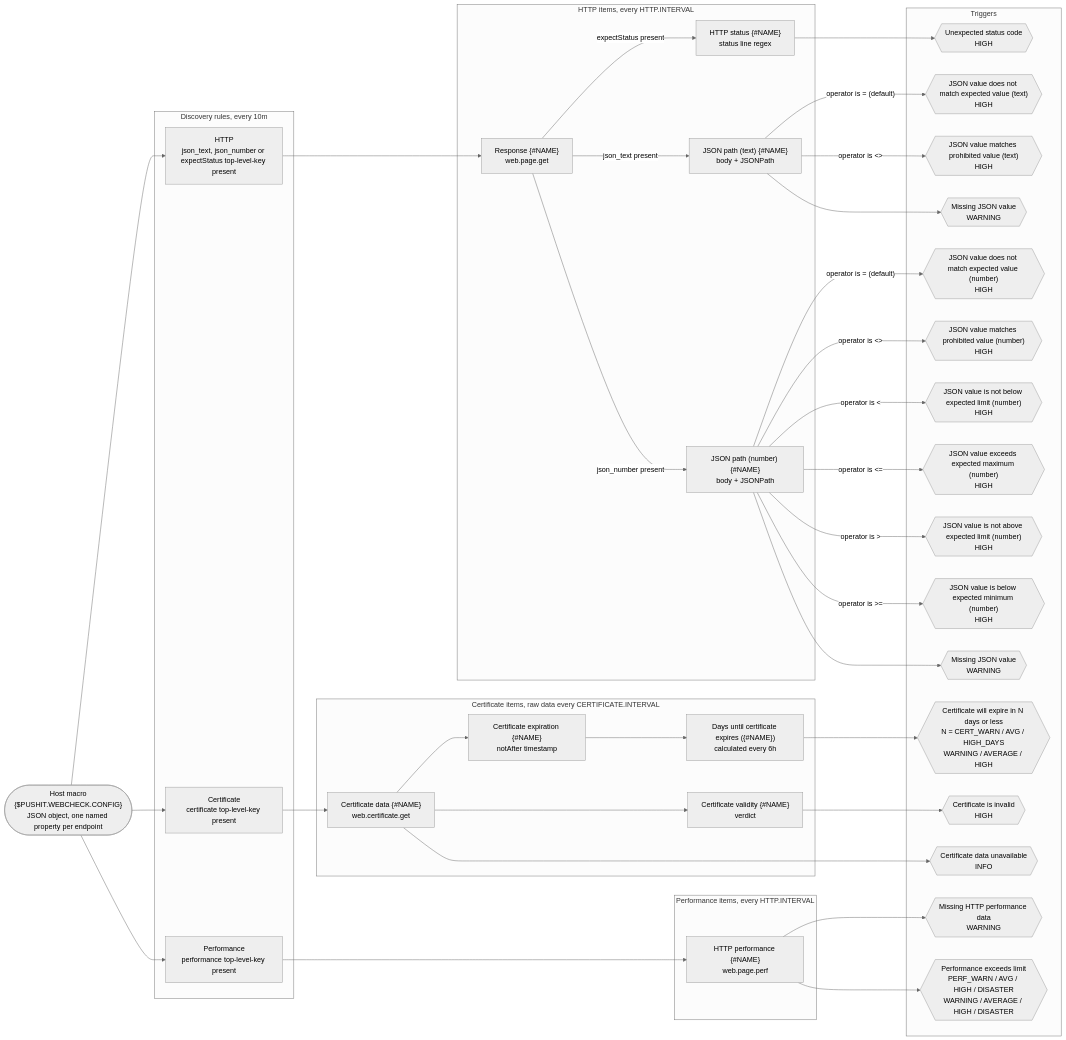
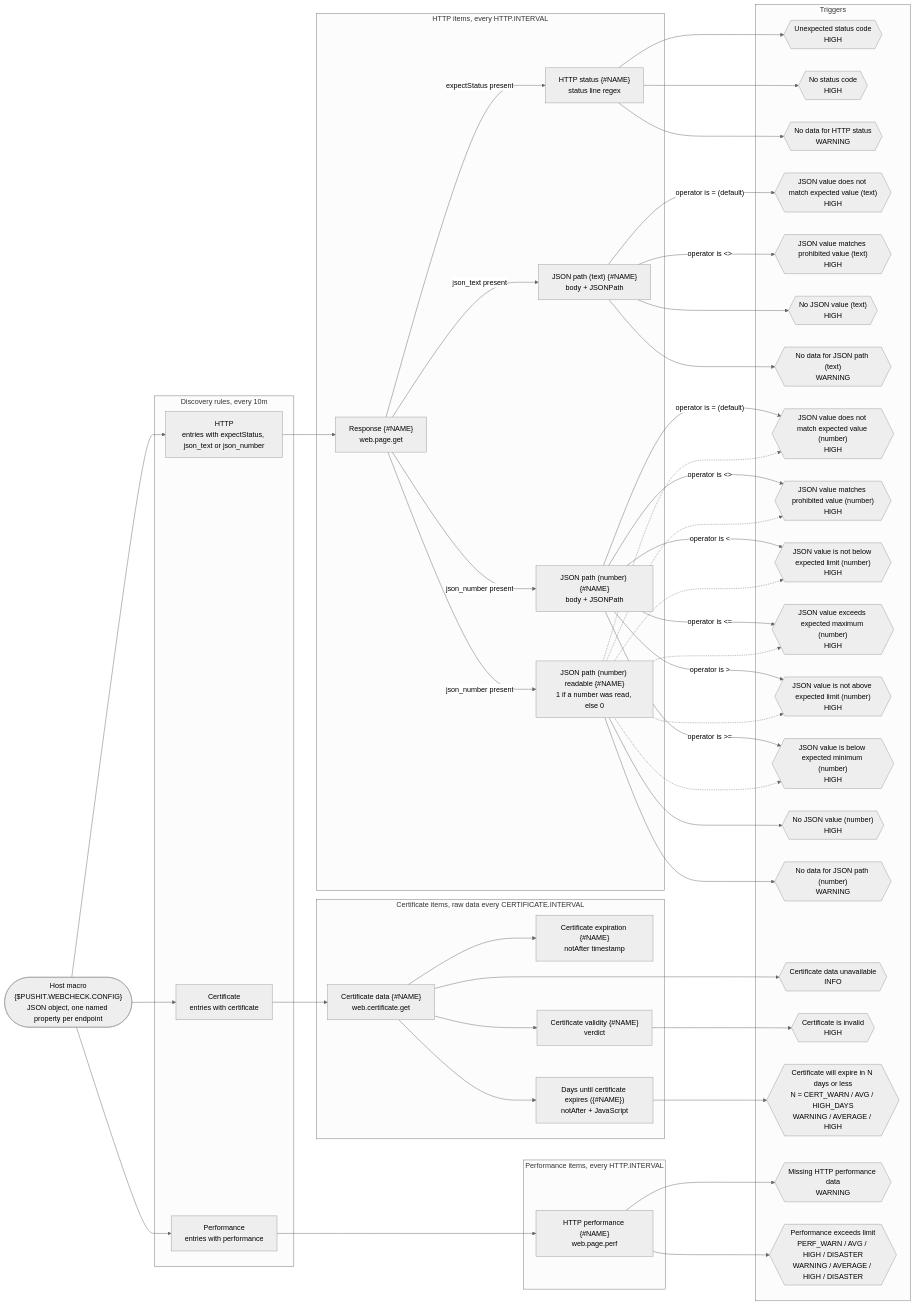
The diagram in README.md (we-push-it/zabbix-web-check), drawn with Mermaid (neutral theme) before and after one commit. The commit also changed other lines of this file, not shown here.

````diff
--- a/README.md
+++ b/README.md
@@ -54,72 +60,77 @@
 ```mermaid
 flowchart LR
     CFG(["Host macro<br/>{$PUSHIT.WEBCHECK.CONFIG}<br/>JSON object, one named property per endpoint"])
 
     subgraph DISCOVERY ["Discovery rules, every 10m"]
-        DRULE_HTTP["HTTP<br/>json_text, json_number or expectStatus top-level-key present"]
-        DRULE_CERT["Certificate<br/>certificate top-level-key present"]
-        DRULE_PERF["Performance<br/>performance top-level-key present"]
+        DRULE_HTTP["HTTP<br/>entries with expectStatus, json_text or json_number"]
+        DRULE_CERT["Certificate<br/>entries with certificate"]
+        DRULE_PERF["Performance<br/>entries with performance"]
     end
 
     subgraph HTTP ["HTTP items, every HTTP.INTERVAL"]
         ITM_HTTP_RAW["Response {#NAME}<br/>web.page.get"]
         ITM_HTTP_STATUS["HTTP status {#NAME}<br/>status line regex"]
         ITM_JSON_TXT["JSON path (text) {#NAME}<br/>body + JSONPath"]
         ITM_JSON_NUM["JSON path (number) {#NAME}<br/>body + JSONPath"]
+        ITM_JSON_READ["JSON path (number) readable {#NAME}<br/>1 if a number was read, else 0"]
     end
 
     subgraph PERFORMANCE ["Performance items, every HTTP.INTERVAL"]
         ITM_PERF["HTTP performance {#NAME}<br/>web.page.perf"]
     end
 
     subgraph CERTIFICATE ["Certificate items, raw data every CERTIFICATE.INTERVAL"]
         ITM_CERT_RAW["Certificate data {#NAME}<br/>web.certificate.get"]
         ITM_CERT_NOT_AFTER["Certificate expiration {#NAME}<br/>notAfter timestamp"]
         ITM_CERT_VALIDITY["Certificate validity {#NAME}<br/>verdict"]
-        ITM_CERT_DAYS_REMAIN["Days until certificate expires ({#NAME})<br/>calculated every 6h"]
+        ITM_CERT_DAYS_REMAIN["Days until certificate expires ({#NAME})<br/>notAfter + JavaScript"]
     end
 
     subgraph TRG ["Triggers"]
         TRG_STATUS_NOT_MATCH{{"Unexpected status code<br/>HIGH"}}
+        TRG_STATUS_ABSENT{{"No status code<br/>HIGH"}}
+        TRG_STATUS_NODATA{{"No data for HTTP status<br/>WARNING"}}
         TRG_TXT_NOT_MATCH{{"JSON value does not match expected value (text)<br/>HIGH"}}
+        TRG_TXT_MATCH{{"JSON value matches prohibited value (text)<br/>HIGH"}}
+        TRG_TXT_ABSENT{{"No JSON value (text)<br/>HIGH"}}
+        TRG_TXT_NODATA{{"No data for JSON path (text)<br/>WARNING"}}
         TRG_NUM_NOT_MATCH{{"JSON value does not match expected value (number)<br/>HIGH"}}
-        TRG_TXT_MATCH{{"JSON value matches prohibited value (text)<br/>HIGH"}}
         TRG_NUM_MATCH{{"JSON value matches prohibited value (number)<br/>HIGH"}}
         TRG_NUM_LESS_THAN{{"JSON value is not below expected limit (number)<br/>HIGH"}}
         TRG_NUM_LESS_OR_EQUAL{{"JSON value exceeds expected maximum (number)<br/>HIGH"}}
         TRG_NUM_GREATER_THAN{{"JSON value is not above expected limit (number)<br/>HIGH"}}
         TRG_NUM_GREATER_OR_EQUAL{{"JSON value is below expected minimum (number)<br/>HIGH"}}
-        TRG_TXT_ABSENT{{"Missing JSON value<br/>WARNING"}}
-        TRG_NUM_ABSENT{{"Missing JSON value<br/>WARNING"}}
+        TRG_NUM_ABSENT{{"No JSON value (number)<br/>HIGH"}}
+        TRG_NUM_NODATA{{"No data for JSON path (number)<br/>WARNING"}}
         TRG_CERT_ABSENT{{"Certificate data unavailable<br/>INFO"}}
         TRG_CERT_INVALID{{"Certificate is invalid<br/>HIGH"}}
         TRG_CERT_EXPIRY{{"Certificate will expire in N days or less<br/>N = CERT_WARN / AVG / HIGH_DAYS<br/>WARNING / AVERAGE / HIGH"}}
         TRG_PERF_ABSENT{{"Missing HTTP performance data<br/>WARNING"}}
         TRG_PERF_LIMIT{{"Performance exceeds limit<br/>PERF_WARN / AVG / HIGH / DISASTER<br/>WARNING / AVERAGE / HIGH / DISASTER"}}
     end
 
     CFG --> DRULE_HTTP & DRULE_CERT & DRULE_PERF
     DRULE_HTTP --> ITM_HTTP_RAW
     ITM_HTTP_RAW -->|expectStatus present| ITM_HTTP_STATUS
     ITM_HTTP_RAW -->|json_text present| ITM_JSON_TXT
-    ITM_HTTP_RAW -->|json_number present| ITM_JSON_NUM
+    ITM_HTTP_RAW -->|json_number present| ITM_JSON_NUM & ITM_JSON_READ
     DRULE_CERT --> ITM_CERT_RAW
-    ITM_CERT_RAW --> ITM_CERT_NOT_AFTER & ITM_CERT_VALIDITY
-    ITM_CERT_NOT_AFTER --> ITM_CERT_DAYS_REMAIN
-    ITM_HTTP_STATUS --> TRG_STATUS_NOT_MATCH
+    ITM_CERT_RAW --> ITM_CERT_NOT_AFTER & ITM_CERT_VALIDITY & ITM_CERT_DAYS_REMAIN
+    ITM_HTTP_STATUS --> TRG_STATUS_NOT_MATCH & TRG_STATUS_ABSENT & TRG_STATUS_NODATA
     ITM_JSON_TXT -->|"operator is = (default)"| TRG_TXT_NOT_MATCH
     ITM_JSON_TXT -->|"operator is <>"| TRG_TXT_MATCH
-    ITM_JSON_TXT --> TRG_TXT_ABSENT
+    ITM_JSON_TXT --> TRG_TXT_ABSENT & TRG_TXT_NODATA
     ITM_CERT_RAW --> TRG_CERT_ABSENT
     ITM_CERT_VALIDITY --> TRG_CERT_INVALID
     ITM_CERT_DAYS_REMAIN --> TRG_CERT_EXPIRY
     ITM_JSON_NUM -->|"operator is = (default)"| TRG_NUM_NOT_MATCH
     ITM_JSON_NUM -->|"operator is <>"| TRG_NUM_MATCH
     ITM_JSON_NUM -->|"operator is <"| TRG_NUM_LESS_THAN
     ITM_JSON_NUM -->|"operator is <="| TRG_NUM_LESS_OR_EQUAL
     ITM_JSON_NUM -->|"operator is >"| TRG_NUM_GREATER_THAN
     ITM_JSON_NUM -->|"operator is >="| TRG_NUM_GREATER_OR_EQUAL
-    ITM_JSON_NUM --> TRG_NUM_ABSENT
+    ITM_JSON_READ -.-> TRG_NUM_NOT_MATCH & TRG_NUM_MATCH & TRG_NUM_LESS_THAN & TRG_NUM_LESS_OR_EQUAL & TRG_NUM_GREATER_THAN & TRG_NUM_GREATER_OR_EQUAL
+    ITM_JSON_READ --> TRG_NUM_ABSENT & TRG_NUM_NODATA
     DRULE_PERF --> ITM_PERF
     ITM_PERF --> TRG_PERF_ABSENT & TRG_PERF_LIMIT
 ```
````
